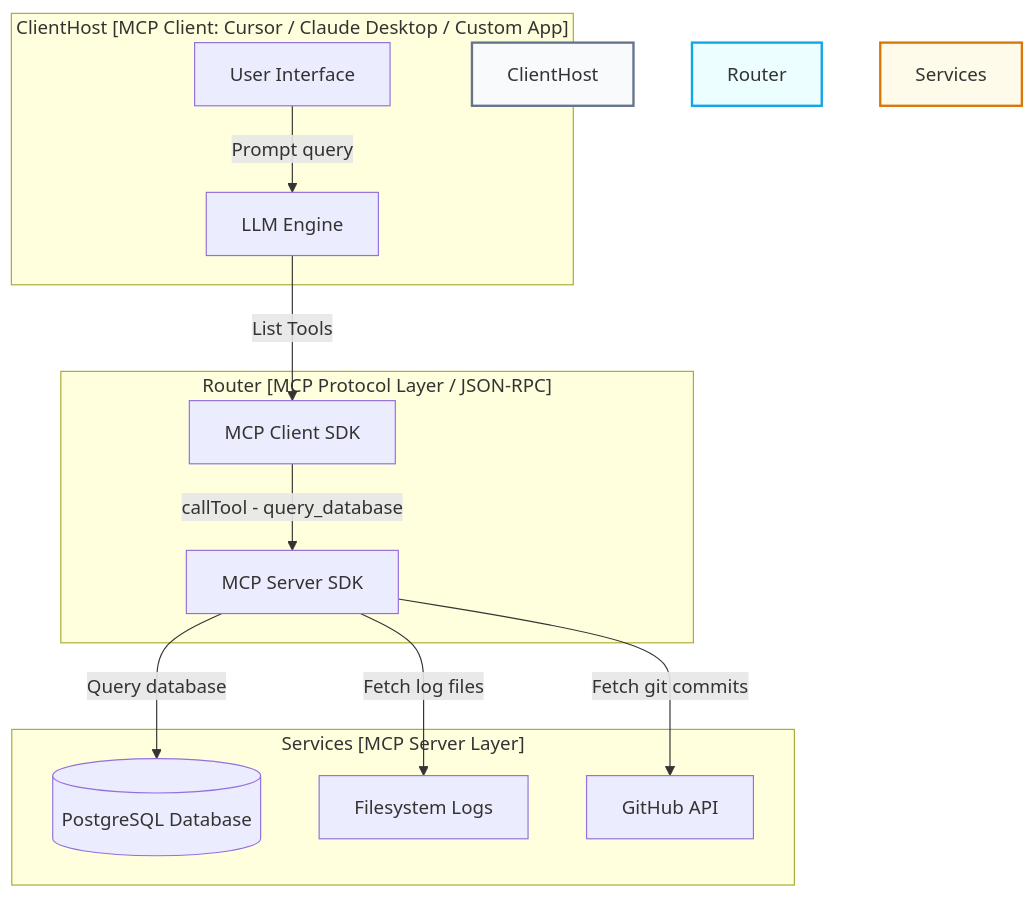
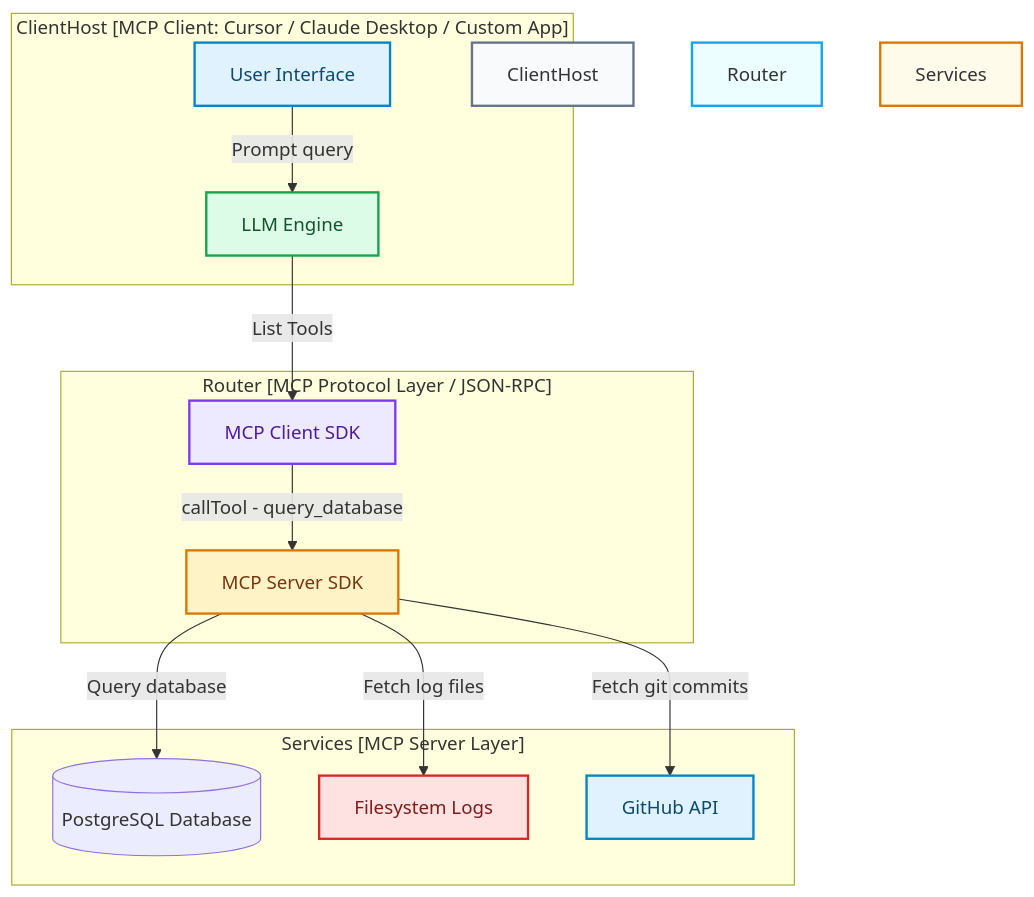
Before and after one commit to akmalkhaniub/akmalkhaniub.github.io: the diagram in blog/posts/model-context-protocol-mcp-usb-c.md, drawn with Mermaid. The commit also changed other lines of this file and 1291 other files, not shown here.

First line of the commit message:
feat(catalog): unique covers, scholarly references, and diagram palettes

````diff
--- a/blog/posts/model-context-protocol-mcp-usb-c.md
+++ b/blog/posts/model-context-protocol-mcp-usb-c.md
@@ -24,21 +24,32 @@
 ```mermaid
 flowchart TD
     subgraph SG1_ClienthostMcpClient ["ClientHost [MCP Client: Cursor / Claude Desktop / Custom App]"]
-        User[User Interface] -->|Prompt query| ModelEngine[LLM Engine]
+        User["User Interface"] -->|Prompt query| ModelEngine["LLM Engine"]
     end
 
     subgraph SG2_RouterMcpProtocol ["Router [MCP Protocol Layer / JSON-RPC]"]
-        ModelEngine -->|List Tools| MCPClient[MCP Client SDK]
-        MCPClient -->|callTool - query_database| MCPServer[MCP Server SDK]
+        ModelEngine -->|List Tools| MCPClient["MCP Client SDK"]
+        MCPClient -->|callTool - query_database| MCPServer["MCP Server SDK"]
     end
 
     subgraph SG3_ServicesMcpServer ["Services [MCP Server Layer]"]
         MCPServer -->|Query database| DB[(PostgreSQL Database)]
-        MCPServer -->|Fetch log files| FS[Filesystem Logs]
-        MCPServer -->|Fetch git commits| Git[GitHub API]
+        MCPServer -->|Fetch log files| FS["Filesystem Logs"]
+        MCPServer -->|Fetch git commits| Git["GitHub API"]
     end
 
     style ClientHost fill:#f8fafc,stroke:#64748b,stroke-width:2px
     style Router fill:#ecfeff,stroke:#0ea5e9,stroke-width:2px
     style Services fill:#fffbeb,stroke:#d97706,stroke-width:2px
+
+classDef green fill:#dcfce7,stroke:#16a34a,stroke-width:2px,color:#14532d;
+classDef red fill:#fee2e2,stroke:#dc2626,stroke-width:2px,color:#7f1d1d;
+classDef blue fill:#e0f2fe,stroke:#0284c7,stroke-width:2px,color:#0c4a6e;
+classDef yellow fill:#fef3c7,stroke:#d97706,stroke-width:2px,color:#78350f;
+classDef purple fill:#ede9fe,stroke:#7c3aed,stroke-width:2px,color:#4c1d95;
+class User,Git blue
+class ModelEngine green
+class MCPClient purple
+class MCPServer yellow
+class FS red
 ```
````
